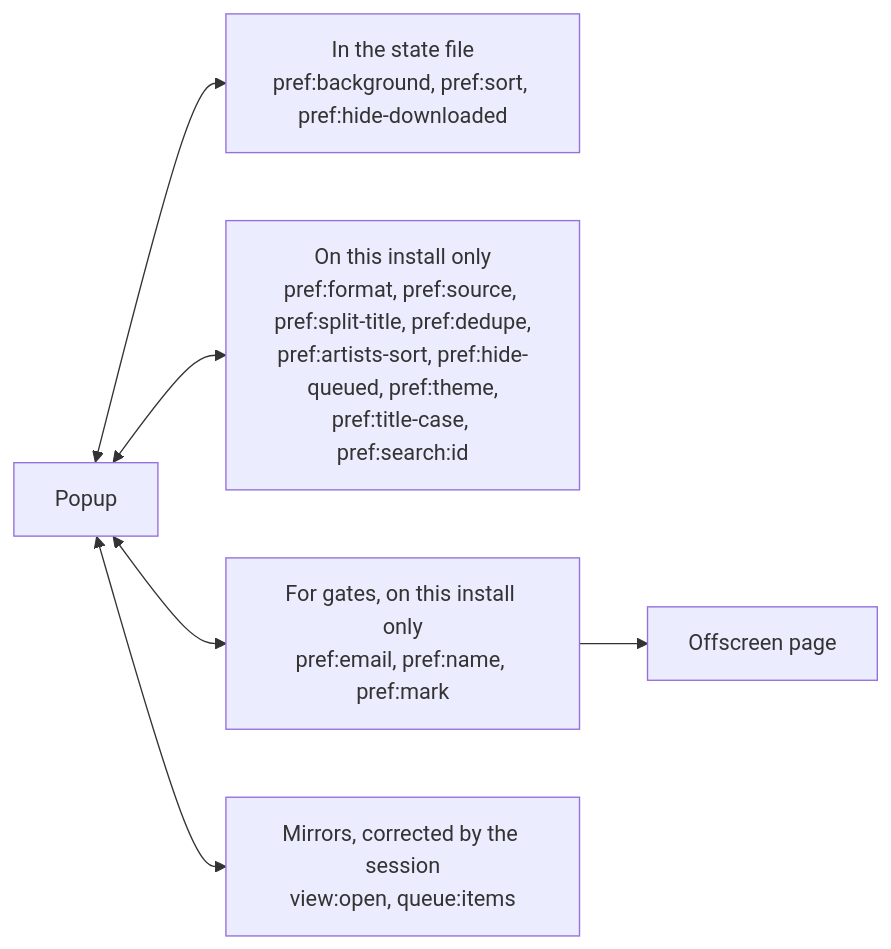
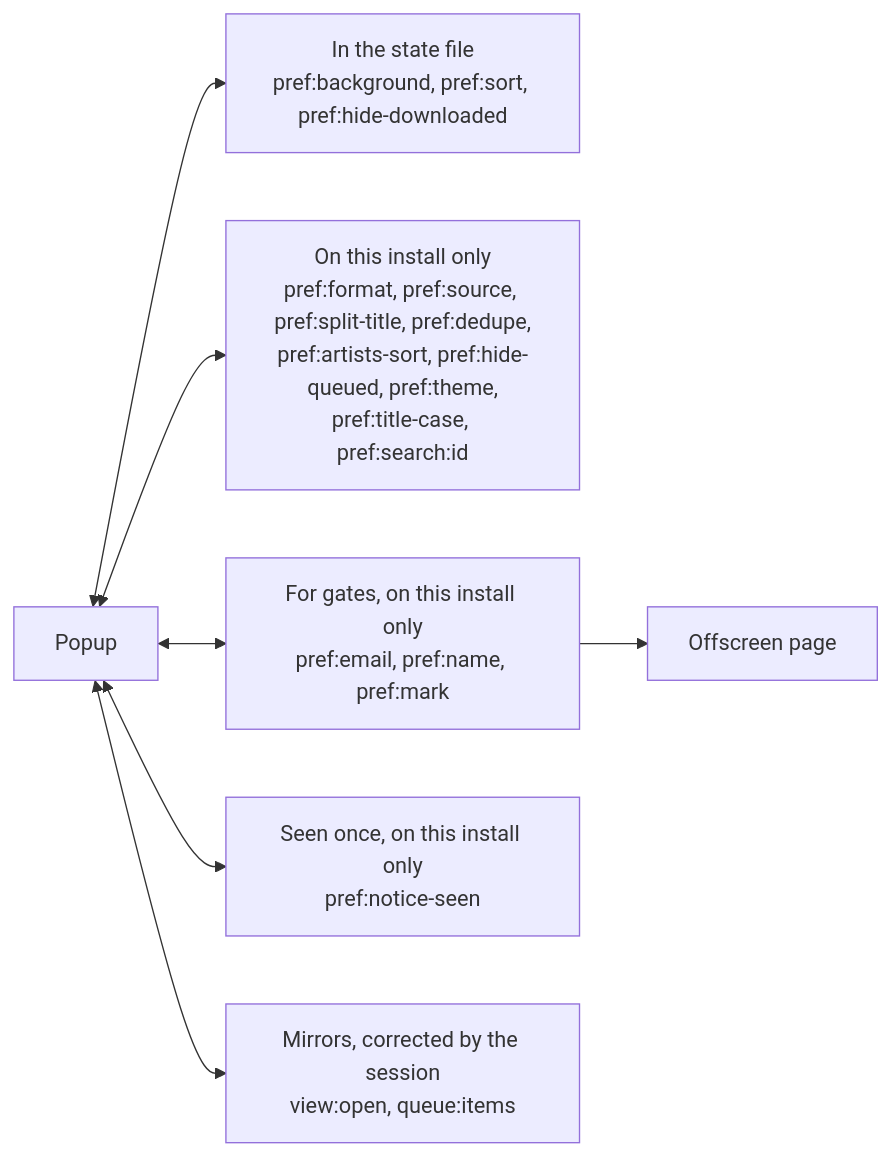
Before and after one commit to cutenode/localnetwork: the third of 9 diagrams in apps/localtoolbox/docs/diagrams/state.md, drawn with Mermaid. The commit also changed other lines of this file and 58 other files, not shown here.

````diff
--- a/apps/localtoolbox/docs/diagrams/state.md
+++ b/apps/localtoolbox/docs/diagrams/state.md
@@ -65,15 +71,17 @@
 ```mermaid
 flowchart LR
   Popup["Popup"]
   Offscreen["Offscreen page"]
   File["In the state file<br/>pref:background, pref:sort, pref:hide-downloaded"]
   Stay["On this install only<br/>pref:format, pref:source, pref:split-title, pref:dedupe,<br/>pref:artists-sort, pref:hide-queued, pref:theme,<br/>pref:title-case, pref:search:id"]
   Gate["For gates, on this install only<br/>pref:email, pref:name, pref:mark"]
+  Notice["Seen once, on this install only<br/>pref:notice-seen"]
   Mirror["Mirrors, corrected by the session<br/>view:open, queue:items"]
 
   Popup <--> File
   Popup <--> Stay
   Popup <--> Gate
   Popup <--> Mirror
+  Popup <--> Notice
   Gate --> Offscreen
 ```
````
